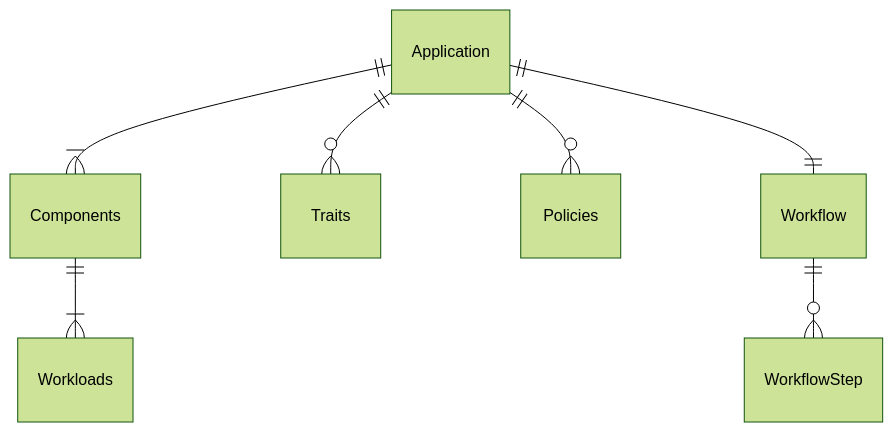
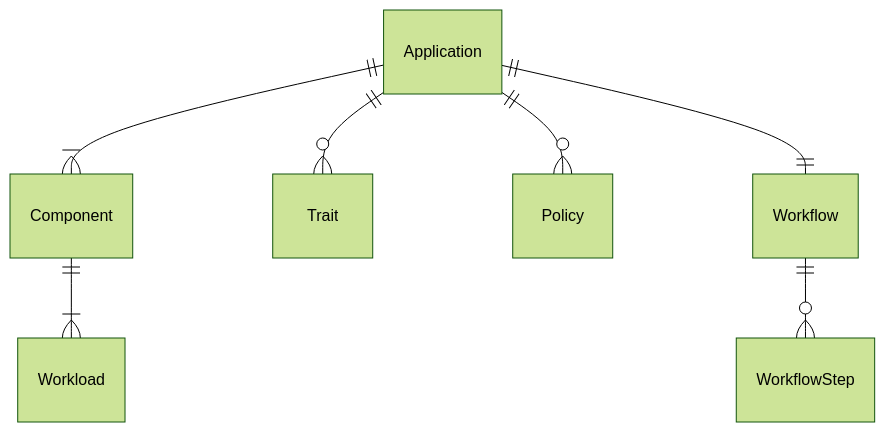
The diagram in docs/index.md (seizadi/kubevela-poc), drawn with Mermaid (forest theme) before and after one commit.

````diff
--- a/docs/index.md
+++ b/docs/index.md
@@ -43,9 +11,9 @@
 ```mermaid
 erDiagram
-    Application ||--|{ Components : ""
-    Application ||--o{ Traits : ""
-    Components ||--|{ Workloads : ""
-    Application ||--o{ Policies : ""
+    Application ||--|{ Component : ""
+    Application ||--o{ Trait : ""
+    Component ||--|{ Workload : ""
+    Application ||--o{ Policy : ""
     Application ||--|| Workflow : ""
-    Workflow ||--o{ "WorkflowStep" : ""
+    Workflow ||--o{ WorkflowStep : ""
 ```
````
